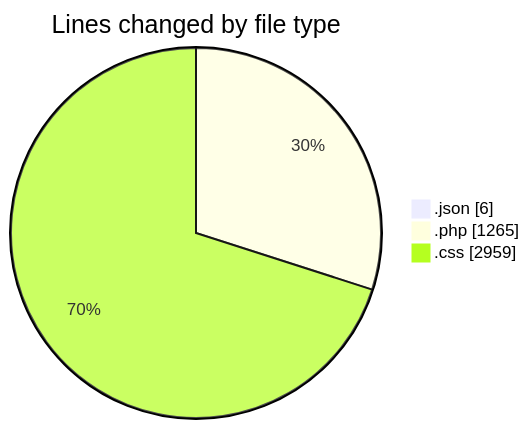
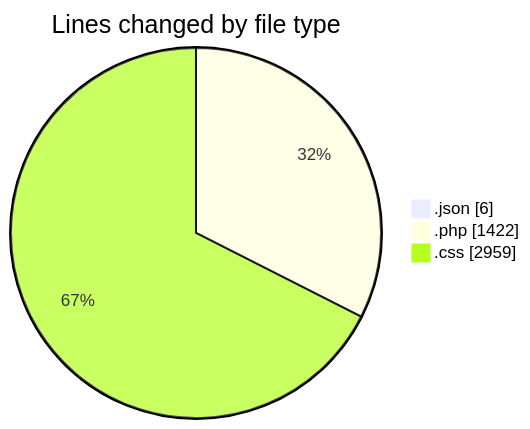
Before and after one commit to debugP/code-tracking: the first of 2 diagrams in 2026-07-01/wp-content/README.md, drawn with Mermaid. The commit also changed other lines of this file and 1 other file, not shown here.

````diff
--- a/2026-07-01/wp-content/README.md
+++ b/2026-07-01/wp-content/README.md
@@ -32,7 +35,7 @@
 ```mermaid
 pie showData
 title Lines changed by file type
 ".json" : 6
-".php" : 1265
+".php" : 1422
 ".css" : 2959
 ```
````
